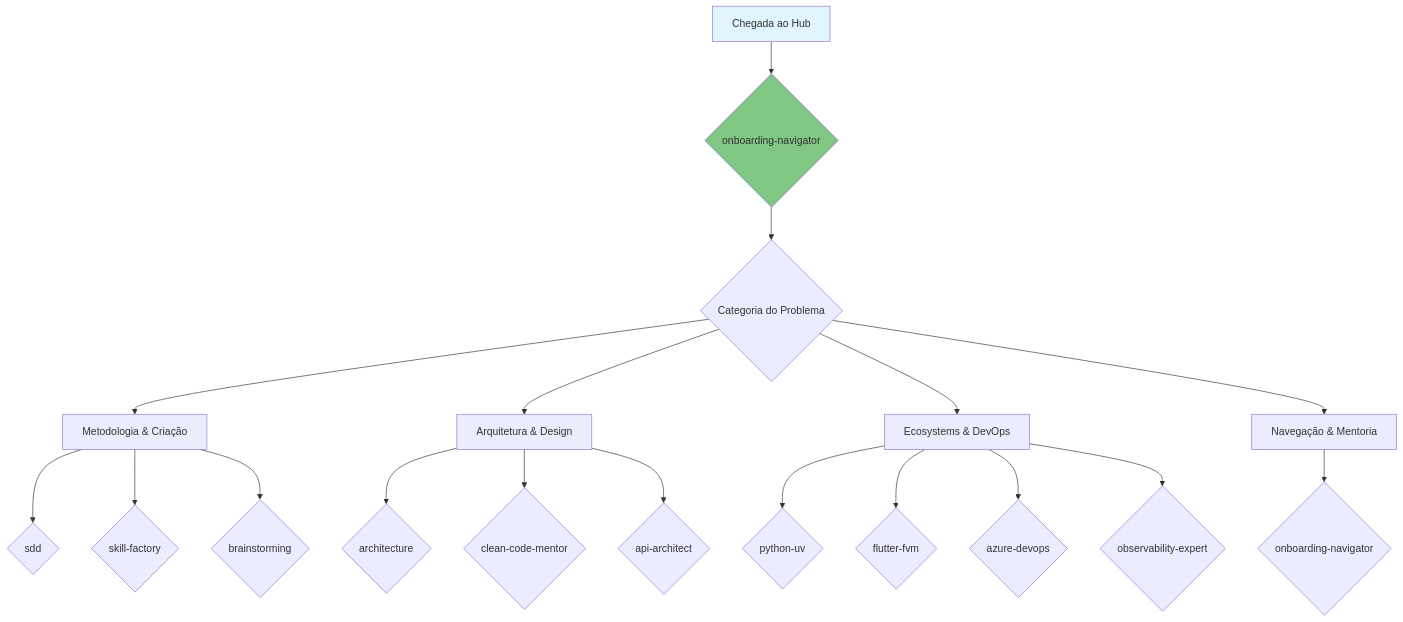
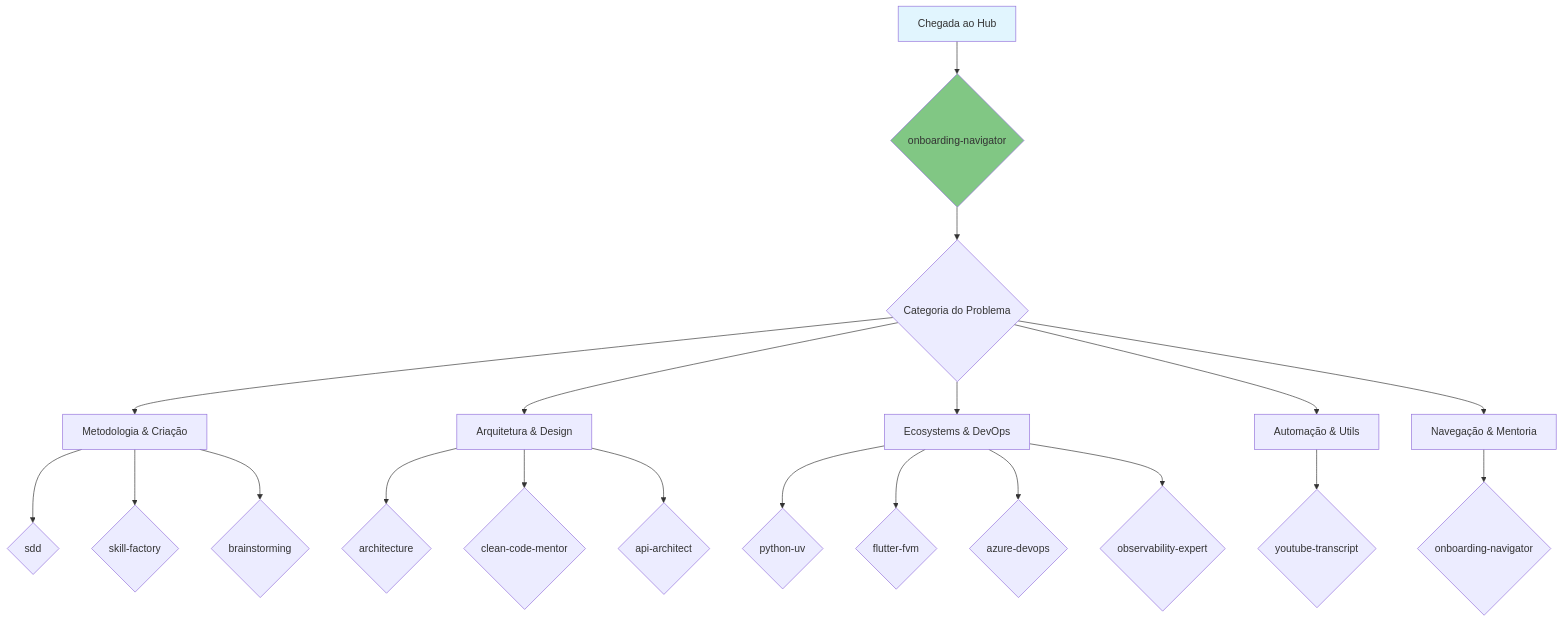
The first of 2 diagrams in onboarding-navigator/references/skills-catalog.md (KlebersonCollab/skills), drawn with Mermaid before and after one commit. The commit also changed other lines of this file and 16 other files, not shown here.

Commit message:
feat: implement YouTube Transcript skill with automated scaffolding, validation, and hub integration

````diff
--- a/onboarding-navigator/references/skills-catalog.md
+++ b/onboarding-navigator/references/skills-catalog.md
@@ -7,29 +7,32 @@
 ```mermaid
 flowchart TD
     Start[Chegada ao Hub] --> Onboarding{onboarding-navigator}
     
     Onboarding --> Categoria{Categoria do Problema}
     
     Categoria --> Metodo[Metodologia & Criação]
     Categoria --> Arquitetura[Arquitetura & Design]
     Categoria --> DevOps[Ecosystems & DevOps]
+    Categoria --> Automation[Automação & Utils]
     Categoria --> Navegacao[Navegação & Mentoria]
     
     Metodo --> SDD{sdd}
     Metodo --> Factory{skill-factory}
     Metodo --> Brainstorm{brainstorming}
     
     Arquitetura --> Arch{architecture}
     Arquitetura --> CleanCode{clean-code-mentor}
     Arquitetura --> API{api-architect}
     
     DevOps --> Python{python-uv}
     DevOps --> Flutter{flutter-fvm}
     DevOps --> AzDO{azure-devops}
     DevOps --> Observability{observability-expert}
+
+    Automation --> YouTube{youtube-transcript}
     
     Navegacao --> Self{onboarding-navigator}
     
     style Start fill:#e1f5fe
     style Onboarding fill:#81c784
 ```
````
